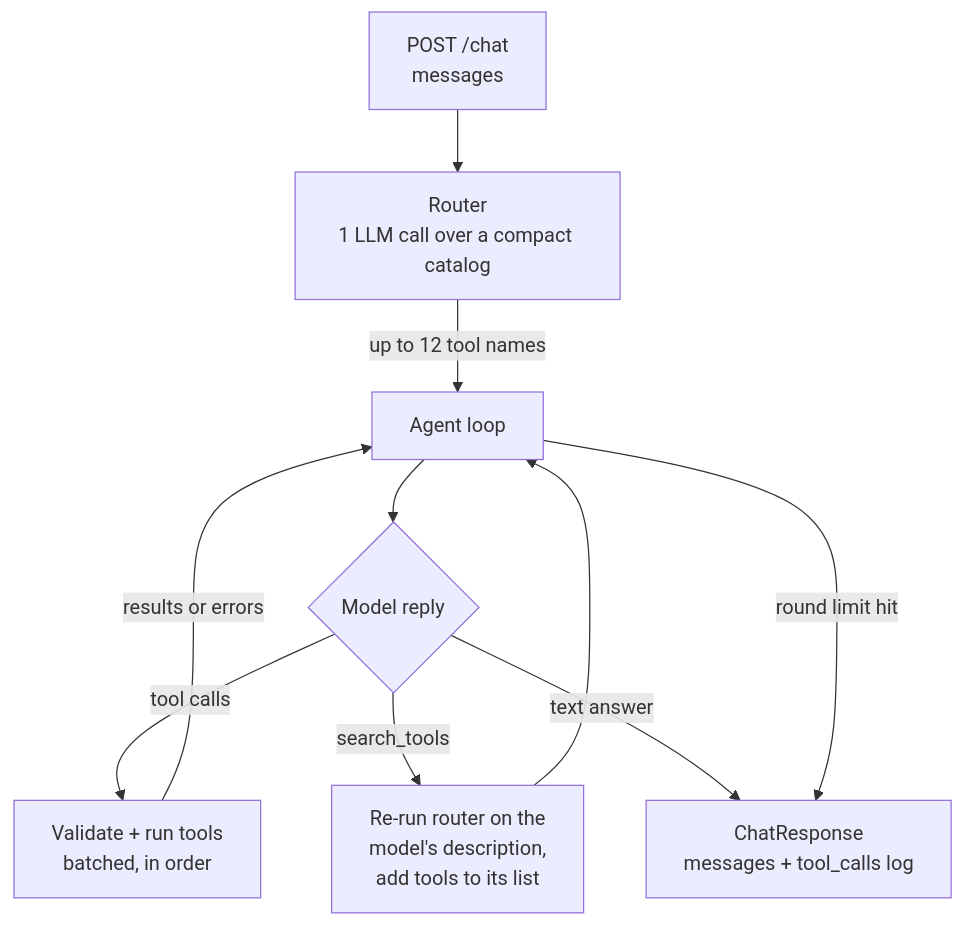
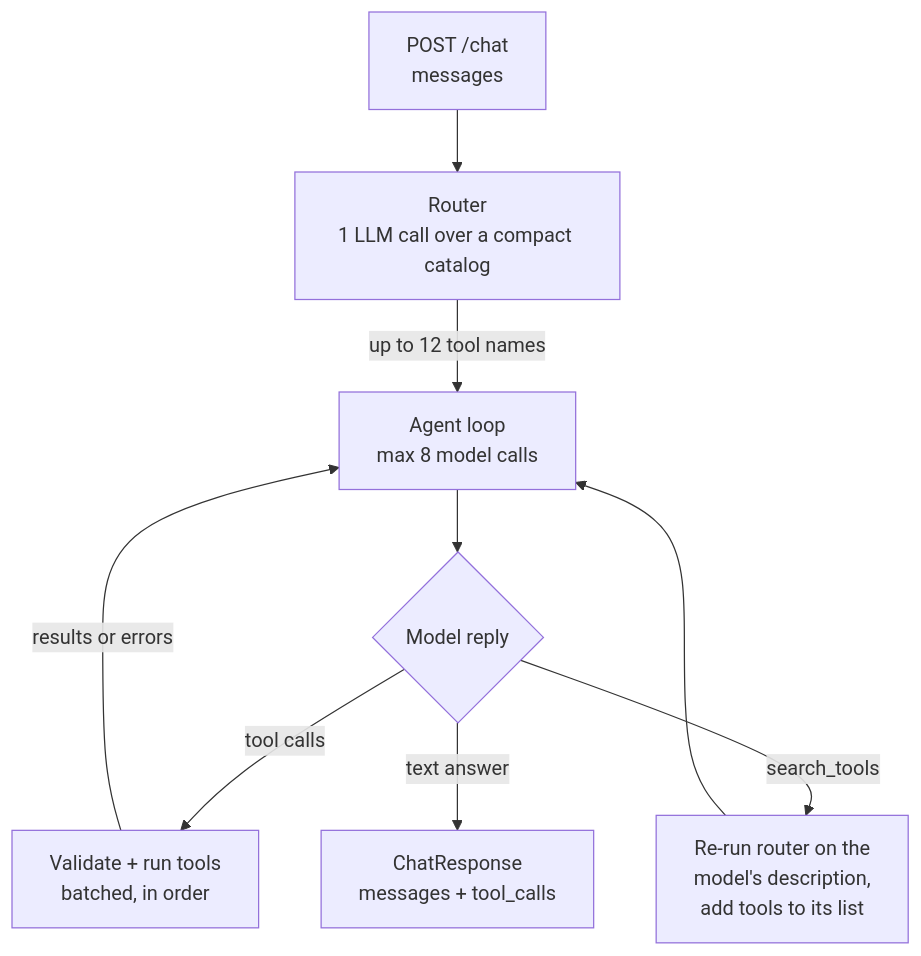
One commit to jchen208208/agent-tool-orchestrator changed the diagram in candidate/DESIGN.md. Above: the diagram before and after it, drawn with Mermaid. The commit also changed other lines of this file, not shown here.

Commit message:
Rewrite DESIGN.md draft with live test results, quiet-miss fix, model fallback

````diff
--- a/candidate/DESIGN.md
+++ b/candidate/DESIGN.md
@@ -13,12 +11,11 @@
 ```mermaid
 flowchart TD
     A[POST /chat<br/>messages] --> B[Router<br/>1 LLM call over a compact catalog]
-    B -->|up to 12 tool names| C[Agent loop]
+    B -->|up to 12 tool names| C[Agent loop<br/>max 8 model calls]
     C --> D{Model reply}
     D -->|tool calls| E[Validate + run tools<br/>batched, in order]
     E -->|results or errors| C
     D -->|search_tools| F[Re-run router on the<br/>model's description,<br/>add tools to its list]
     F --> C
-    D -->|text answer| G[ChatResponse<br/>messages + tool_calls log]
-    C -->|round limit hit| G
+    D -->|text answer| G[ChatResponse<br/>messages + tool_calls]
 ```
````
